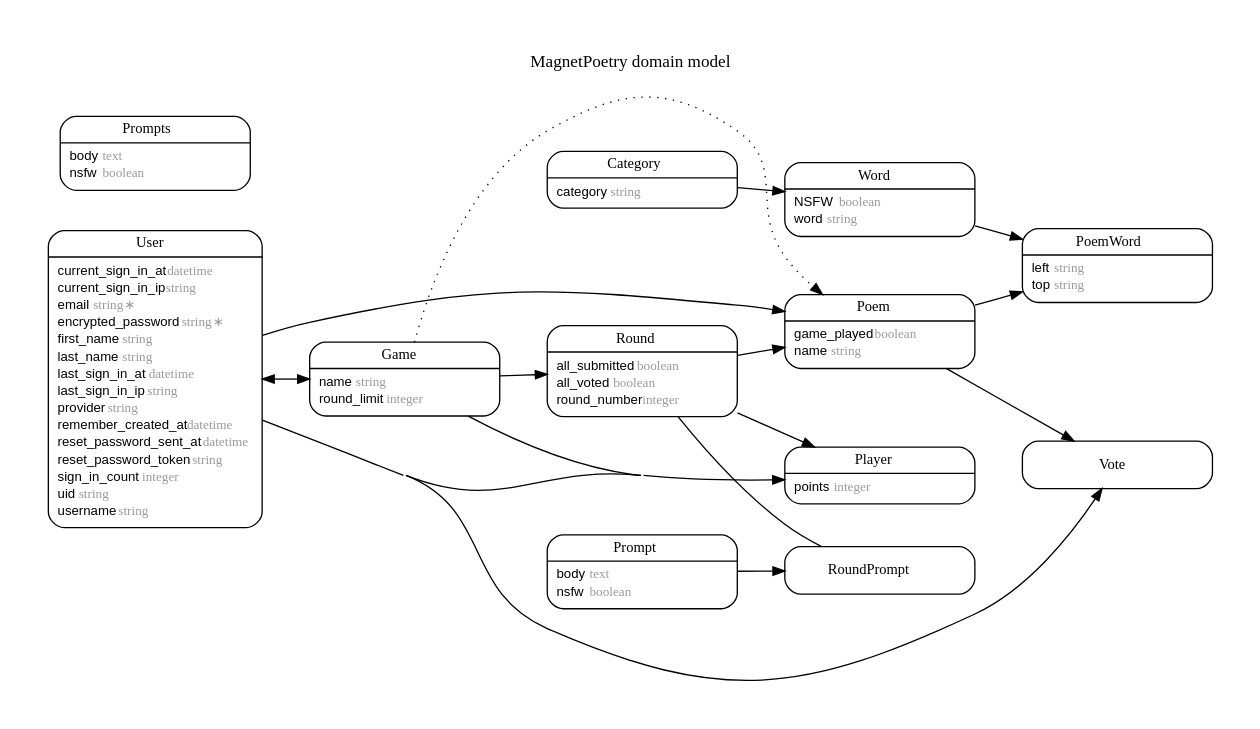
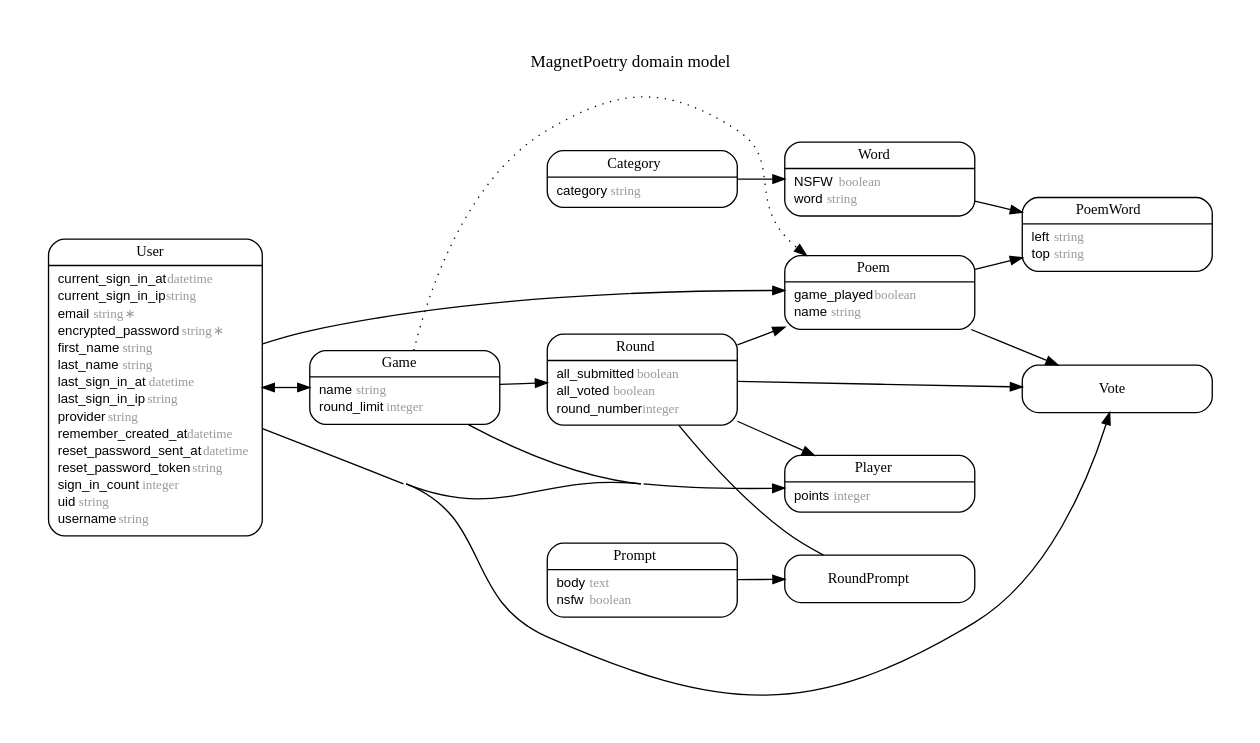
Before and after one commit to seanwooj/magnet-poetry: the diagram in erd.dot, drawn with Graphviz. The commit also changed 9 other files, not shown here.

```diff
--- a/erd.dot
+++ b/erd.dot
@@ -1,135 +1,127 @@
 digraph MagnetPoetry {
   rankdir = "LR"; ranksep = "0.5"; nodesep = "0.4"; pad = "0.4,0.4"; margin = "0,0"; concentrate = "true"; labelloc = "t"; fontsize = "13"; fontname = "Arial Bold";
   node [shape = "Mrecord", fontsize = "10", fontname = "Arial", margin = "0.07,0.05", penwidth = "1.0"];
   edge [fontname = "Arial", fontsize = "7", dir = "both", arrowsize = "0.9", penwidth = "1.0", labelangle = "32", labeldistance = "1.8"];
   label = "MagnetPoetry domain model\n\n";
   m_Category [label = <<table border="0" align="center" cellspacing="0.5" cellpadding="0" width="134">
   <tr><td align="center" valign="bottom" width="130"><font face="Arial Bold" point-size="11">Category</font></td></tr>
 </table>
 |
 <table border="0" align="left" cellspacing="2" cellpadding="0" width="134">
   <tr><td align="left" width="130" port="category">category <font face="Arial Italic" color="grey60">string</font></td></tr>
 </table>
 >];
   m_Game [label = <<table border="0" align="center" cellspacing="0.5" cellpadding="0" width="134">
   <tr><td align="center" valign="bottom" width="130"><font face="Arial Bold" point-size="11">Game</font></td></tr>
 </table>
 |
 <table border="0" align="left" cellspacing="2" cellpadding="0" width="134">
   <tr><td align="left" width="130" port="name">name <font face="Arial Italic" color="grey60">string</font></td></tr>
   <tr><td align="left" width="130" port="round_limit">round_limit <font face="Arial Italic" color="grey60">integer</font></td></tr>
 </table>
 >];
   m_Player [label = <<table border="0" align="center" cellspacing="0.5" cellpadding="0" width="134">
   <tr><td align="center" valign="bottom" width="130"><font face="Arial Bold" point-size="11">Player</font></td></tr>
 </table>
 |
 <table border="0" align="left" cellspacing="2" cellpadding="0" width="134">
   <tr><td align="left" width="130" port="points">points <font face="Arial Italic" color="grey60">integer</font></td></tr>
 </table>
 >];
   m_Poem [label = <<table border="0" align="center" cellspacing="0.5" cellpadding="0" width="134">
   <tr><td align="center" valign="bottom" width="130"><font face="Arial Bold" point-size="11">Poem</font></td></tr>
 </table>
 |
 <table border="0" align="left" cellspacing="2" cellpadding="0" width="134">
   <tr><td align="left" width="130" port="game_played">game_played <font face="Arial Italic" color="grey60">boolean</font></td></tr>
   <tr><td align="left" width="130" port="name">name <font face="Arial Italic" color="grey60">string</font></td></tr>
 </table>
 >];
   m_PoemWord [label = <<table border="0" align="center" cellspacing="0.5" cellpadding="0" width="134">
   <tr><td align="center" valign="bottom" width="130"><font face="Arial Bold" point-size="11">PoemWord</font></td></tr>
 </table>
 |
 <table border="0" align="left" cellspacing="2" cellpadding="0" width="134">
   <tr><td align="left" width="130" port="left">left <font face="Arial Italic" color="grey60">string</font></td></tr>
   <tr><td align="left" width="130" port="top">top <font face="Arial Italic" color="grey60">string</font></td></tr>
 </table>
 >];
   m_Prompt [label = <<table border="0" align="center" cellspacing="0.5" cellpadding="0" width="134">
   <tr><td align="center" valign="bottom" width="130"><font face="Arial Bold" point-size="11">Prompt</font></td></tr>
-</table>
-|
-<table border="0" align="left" cellspacing="2" cellpadding="0" width="134">
-  <tr><td align="left" width="130" port="body">body <font face="Arial Italic" color="grey60">text</font></td></tr>
-  <tr><td align="left" width="130" port="nsfw">nsfw <font face="Arial Italic" color="grey60">boolean</font></td></tr>
-</table>
->];
-  m_Prompts [label = <<table border="0" align="center" cellspacing="0.5" cellpadding="0" width="134">
-  <tr><td align="center" valign="bottom" width="130"><font face="Arial Bold" point-size="11">Prompts</font></td></tr>
 </table>
 |
 <table border="0" align="left" cellspacing="2" cellpadding="0" width="134">
   <tr><td align="left" width="130" port="body">body <font face="Arial Italic" color="grey60">text</font></td></tr>
   <tr><td align="left" width="130" port="nsfw">nsfw <font face="Arial Italic" color="grey60">boolean</font></td></tr>
 </table>
 >];
   m_Round [label = <<table border="0" align="center" cellspacing="0.5" cellpadding="0" width="134">
   <tr><td align="center" valign="bottom" width="130"><font face="Arial Bold" point-size="11">Round</font></td></tr>
 </table>
 |
 <table border="0" align="left" cellspacing="2" cellpadding="0" width="134">
   <tr><td align="left" width="130" port="all_submitted">all_submitted <font face="Arial Italic" color="grey60">boolean</font></td></tr>
   <tr><td align="left" width="130" port="all_voted">all_voted <font face="Arial Italic" color="grey60">boolean</font></td></tr>
   <tr><td align="left" width="130" port="round_number">round_number <font face="Arial Italic" color="grey60">integer</font></td></tr>
 </table>
 >];
   m_RoundPrompt [label = <<table border="0" align="center" cellspacing="0.5" cellpadding="0" width="134">
   <tr><td align="center" valign="bottom" width="130"><font face="Arial Bold" point-size="11">RoundPrompt</font></td></tr>
 </table>
 >];
   m_User [label = <<table border="0" align="center" cellspacing="0.5" cellpadding="0" width="134">
   <tr><td align="center" valign="bottom" width="130"><font face="Arial Bold" point-size="11">User</font></td></tr>
 </table>
 |
 <table border="0" align="left" cellspacing="2" cellpadding="0" width="134">
   <tr><td align="left" width="130" port="current_sign_in_at">current_sign_in_at <font face="Arial Italic" color="grey60">datetime</font></td></tr>
   <tr><td align="left" width="130" port="current_sign_in_ip">current_sign_in_ip <font face="Arial Italic" color="grey60">string</font></td></tr>
   <tr><td align="left" width="130" port="email">email <font face="Arial Italic" color="grey60">string ∗</font></td></tr>
   <tr><td align="left" width="130" port="encrypted_password">encrypted_password <font face="Arial Italic" color="grey60">string ∗</font></td></tr>
   <tr><td align="left" width="130" port="first_name">first_name <font face="Arial Italic" color="grey60">string</font></td></tr>
   <tr><td align="left" width="130" port="last_name">last_name <font face="Arial Italic" color="grey60">string</font></td></tr>
   <tr><td align="left" width="130" port="last_sign_in_at">last_sign_in_at <font face="Arial Italic" color="grey60">datetime</font></td></tr>
   <tr><td align="left" width="130" port="last_sign_in_ip">last_sign_in_ip <font face="Arial Italic" color="grey60">string</font></td></tr>
   <tr><td align="left" width="130" port="provider">provider <font face="Arial Italic" color="grey60">string</font></td></tr>
   <tr><td align="left" width="130" port="remember_created_at">remember_created_at <font face="Arial Italic" color="grey60">datetime</font></td></tr>
   <tr><td align="left" width="130" port="reset_password_sent_at">reset_password_sent_at <font face="Arial Italic" color="grey60">datetime</font></td></tr>
   <tr><td align="left" width="130" port="reset_password_token">reset_password_token <font face="Arial Italic" color="grey60">string</font></td></tr>
   <tr><td align="left" width="130" port="sign_in_count">sign_in_count <font face="Arial Italic" color="grey60">integer</font></td></tr>
   <tr><td align="left" width="130" port="uid">uid <font face="Arial Italic" color="grey60">string</font></td></tr>
   <tr><td align="left" width="130" port="username">username <font face="Arial Italic" color="grey60">string</font></td></tr>
 </table>
 >];
   m_Vote [label = <<table border="0" align="center" cellspacing="0.5" cellpadding="0" width="134">
   <tr><td align="center" valign="bottom" width="130"><font face="Arial Bold" point-size="11">Vote</font></td></tr>
 </table>
 >];
   m_Word [label = <<table border="0" align="center" cellspacing="0.5" cellpadding="0" width="134">
   <tr><td align="center" valign="bottom" width="130"><font face="Arial Bold" point-size="11">Word</font></td></tr>
 </table>
 |
 <table border="0" align="left" cellspacing="2" cellpadding="0" width="134">
   <tr><td align="left" width="130" port="NSFW">NSFW <font face="Arial Italic" color="grey60">boolean</font></td></tr>
   <tr><td align="left" width="130" port="word">word <font face="Arial Italic" color="grey60">string</font></td></tr>
 </table>
 >];
   m_User -> m_Player [arrowhead = "normal", arrowtail = "none", weight = "2"]
   m_User -> m_Game [arrowhead = "normal", arrowtail = "none", weight = "2"]
   m_User -> m_Poem [arrowhead = "normal", arrowtail = "none", weight = "2"]
   m_User -> m_Vote [arrowhead = "normal", arrowtail = "none", weight = "2"]
   m_Game -> m_Round [arrowhead = "normal", arrowtail = "none", weight = "2"]
   m_Game -> m_Player [arrowhead = "normal", arrowtail = "none", weight = "2"]
   m_Game -> m_Poem [style = "dotted", arrowhead = "normal", arrowtail = "none", weight = "1", constraint = "false"]
   m_Game -> m_User [style = "dotted", arrowhead = "normal", arrowtail = "none", weight = "1", constraint = "false"]
   m_Poem -> m_PoemWord [arrowhead = "normal", arrowtail = "none", weight = "2"]
   m_Word -> m_PoemWord [arrowhead = "normal", arrowtail = "none", weight = "2"]
   m_Poem -> m_Word [style = "dotted", arrowhead = "normal", arrowtail = "none", weight = "1", constraint = "false"]
   m_Poem -> m_Vote [arrowhead = "normal", arrowtail = "none", weight = "2"]
   m_Round -> m_Poem [arrowhead = "normal", arrowtail = "none", weight = "2"]
   m_Game -> m_Poem [arrowhead = "normal", arrowtail = "none", weight = "1"]
+  m_Round -> m_Vote [arrowhead = "normal", arrowtail = "none", weight = "2"]
   m_Category -> m_Word [arrowhead = "normal", arrowtail = "none", weight = "2"]
   m_Prompt -> m_RoundPrompt [arrowhead = "normal", arrowtail = "none", weight = "2"]
   m_Round -> m_Player [arrowhead = "normal", arrowtail = "none", weight = "1"]
   m_Round -> m_RoundPrompt [arrowhead = "none", arrowtail = "none", weight = "2"]
   m_Round -> m_Prompt [style = "dotted", arrowhead = "none", arrowtail = "none", weight = "1", constraint = "false"]
 }
```
